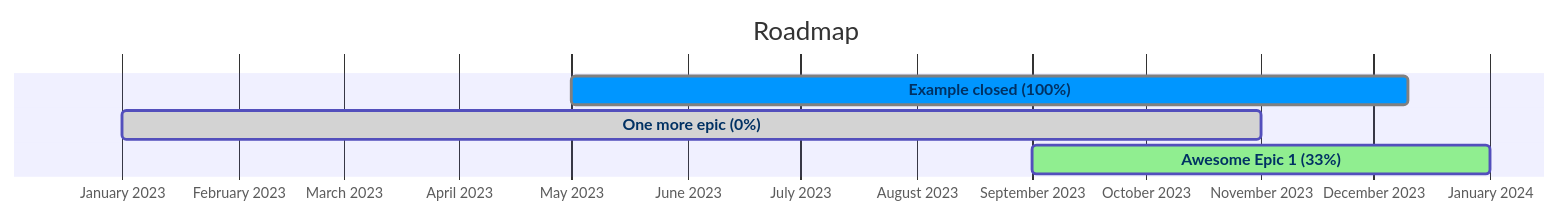
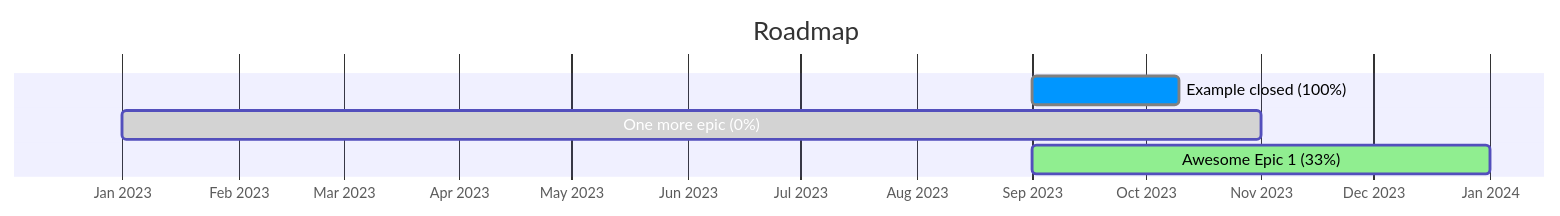
One commit to slamdev/sample-repo changed the diagram in README.md. Above: the diagram before and after it, drawn with Mermaid.

````diff
--- a/README.md
+++ b/README.md
@@ -3,22 +3,19 @@
 ```mermaid
 %%{
   init: {
     'themeVariables': {
 'activeTaskBkgColor': '#90EE90',
 'doneTaskBkgColor': '#0096FF',
 'taskBkgColor': '#D3D3D3'
     }
   }
 }%%
 gantt
     title Roadmap
     dateFormat YYYY-MM-DD
     tickInterval 1month
-    axisFormat %B %Y
-    Example closed (100%) :done, m1, 2023-05-01, 2023-12-10
-    One more epic (0%) : m2, 2023-01-01, 2023-11-01
-    Awesome Epic 1 (33%) :active, m3, 2023-09-01, 2024-01-01
-    click m1 href "https://github.com/slamdev/sample-repo/milestone/3"
-    click m2 href "https://github.com/slamdev/sample-repo/milestone/2"
-    click m3 href "https://github.com/slamdev/sample-repo/milestone/1"
+    axisFormat %b %Y
+    Example closed (100%) :done, 2023-09-01, 2023-10-10
+    One more epic (0%) : 2023-01-01, 2023-11-01
+    Awesome Epic 1 (33%) :active, 2023-09-01, 2024-01-01
 ```
````
